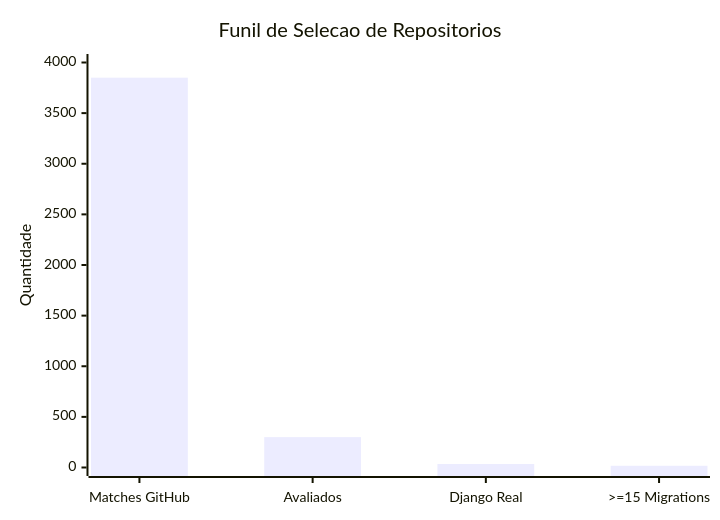
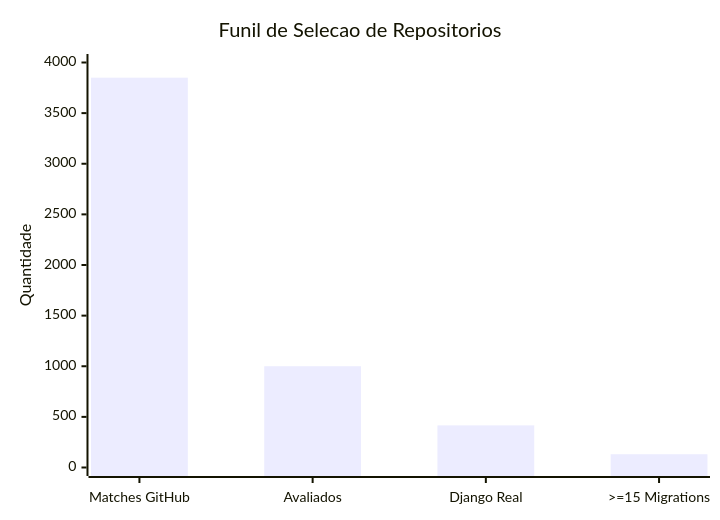
One commit to gabrielrochass/tcc-schema-code-evolution changed the second of 6 diagrams in docs/06-selecao-corpus.md. Above: the diagram before and after it, drawn with Mermaid. The commit also changed other lines of this file and 3 other files, not shown here.

````diff
--- a/docs/06-selecao-corpus.md
+++ b/docs/06-selecao-corpus.md
@@ -61,7 +59,7 @@
 ```mermaid
 xychart-beta
     title "Funil de Selecao de Repositorios"
     x-axis ["Matches GitHub", "Avaliados", "Django Real", ">=15 Migrations"]
     y-axis "Quantidade" 0 --> 4000
-    bar [3850, 300, 35, 17]
+    bar [3850, 1000, 416, 131]
 ```
````
